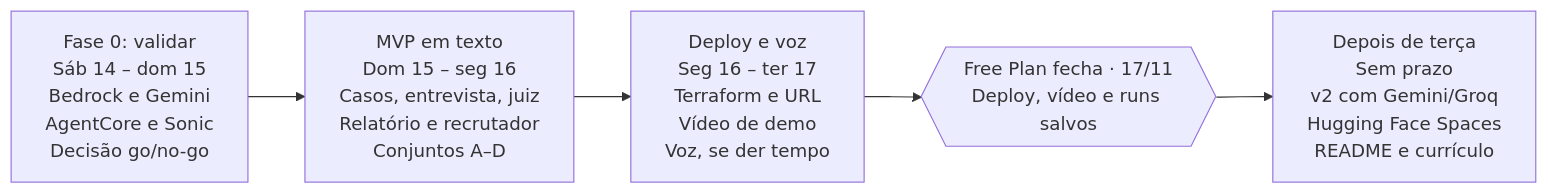
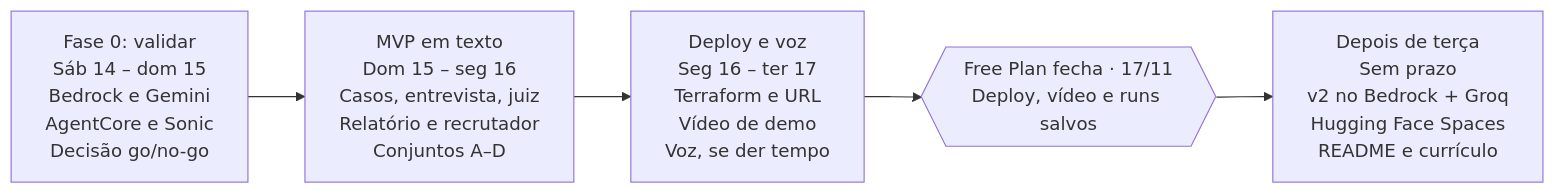
The diagram in docs/PRD.md (nemofromdreamland/mia), drawn with Mermaid before and after one commit. The commit also changed other lines of this file and 2 other files, not shown here.

Commit message:
docs: keep Bedrock (Claude Haiku) as main provider after Tuesday, Gemini only for comparison

````diff
--- a/docs/PRD.md
+++ b/docs/PRD.md
@@ -175,9 +175,9 @@
 ```mermaid
 flowchart LR
     F0["Fase 0: validar<br/>Sáb 14 – dom 15<br/>Bedrock e Gemini<br/>AgentCore e Sonic<br/>Decisão go/no-go"]
     MVP["MVP em texto<br/>Dom 15 – seg 16<br/>Casos, entrevista, juiz<br/>Relatório e recrutador<br/>Conjuntos A–D"]
     DEP["Deploy e voz<br/>Seg 16 – ter 17<br/>Terraform e URL<br/>Vídeo de demo<br/>Voz, se der tempo"]
     GATE{{"Free Plan fecha · 17/11<br/>Deploy, vídeo e runs salvos"}}
-    POS["Depois de terça<br/>Sem prazo<br/>v2 com Gemini/Groq<br/>Hugging Face Spaces<br/>README e currículo"]
+    POS["Depois de terça<br/>Sem prazo<br/>v2 no Bedrock + Groq<br/>Hugging Face Spaces<br/>README e currículo"]
     F0 --> MVP --> DEP --> GATE --> POS
 ```
````
